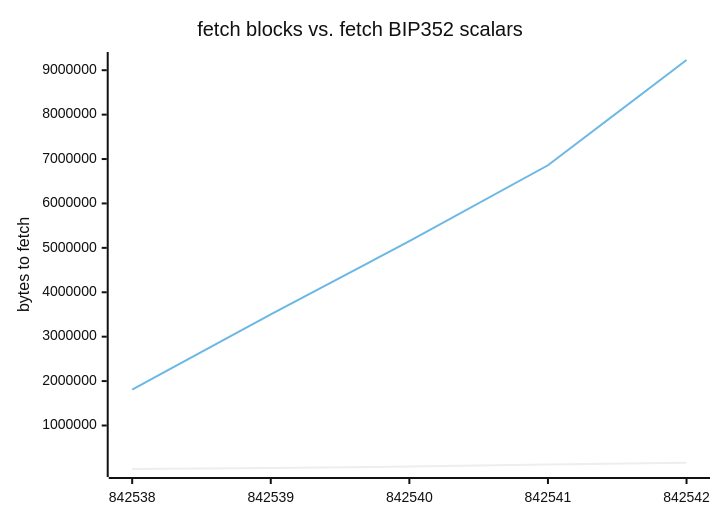
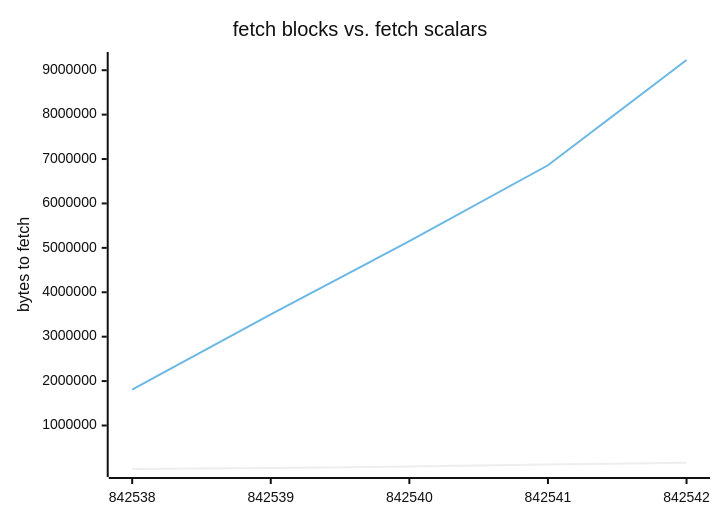
Before and after one commit to louisinger/silentiumd: the diagram in README.md, drawn with Mermaid (neutral theme). The commit also changed other lines of this file and 1 other file, not shown here.

````diff
--- a/README.md
+++ b/README.md
@@ -7,8 +9,8 @@
 ```mermaid
 xychart-beta
-    title "fetch blocks vs. fetch BIP352 scalars"
+    title "fetch blocks vs. fetch scalars"
     x-axis [842538, 842539, 842540, 842541, 842542]
     y-axis "bytes to fetch" 
     line [ 20526, 45210, 74151, 119229, 161898 ]
     line [ 1810000, 3500000, 5150000, 6860000, 9230000 ]
 ```
````
